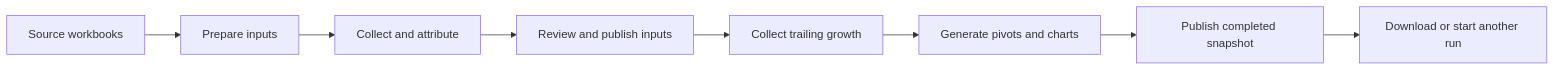
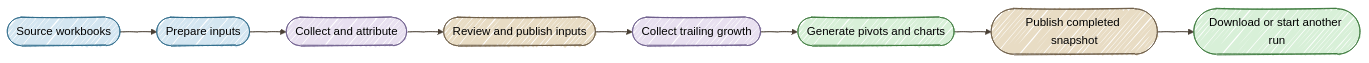
The diagram in docs/site/index.md (danieloh30/impact-metrics-appdev), drawn with Mermaid before and after one commit. The commit also changed 8 other files, not shown here.

Commit message:
Apply hand-drawn Mermaid style and document dev.sh startup

````diff
--- a/docs/site/index.md
+++ b/docs/site/index.md
@@ -51,10 +51,21 @@
 ```mermaid
+%%{init: {'look':'handDrawn','theme':'neutral','themeVariables': {'lineColor':'#4A4035'}}}%%
 flowchart LR
-  A[Source workbooks] --> B[Prepare inputs]
-  B --> C[Collect and attribute]
-  C --> D[Review and publish inputs]
-  D --> E[Collect trailing growth]
-  E --> F[Generate pivots and charts]
-  F --> G[Publish completed snapshot]
-  G --> H[Download or start another run]
+  A([Source workbooks]) --> B([Prepare inputs])
+  B --> C([Collect and attribute])
+  C --> D([Review and publish inputs])
+  D --> E([Collect trailing growth])
+  E --> F([Generate pivots and charts])
+  F --> G([Publish completed snapshot])
+  G --> H([Download or start another run])
+
+  style A fill:#D4E6F1,stroke:#2E6B8A
+  style B fill:#D4E6F1,stroke:#2E6B8A
+  style C fill:#E8E0F0,stroke:#6B5B8A
+  style D fill:#E8DCC4,stroke:#6B5B45
+  style E fill:#E8E0F0,stroke:#6B5B8A
+  style F fill:#D8F0D8,stroke:#3D7A3D
+  style G fill:#E8DCC4,stroke:#6B5B45
+  style H fill:#D8F0D8,stroke:#3D7A3D
+  linkStyle default stroke:#4A4035
 ```
````
